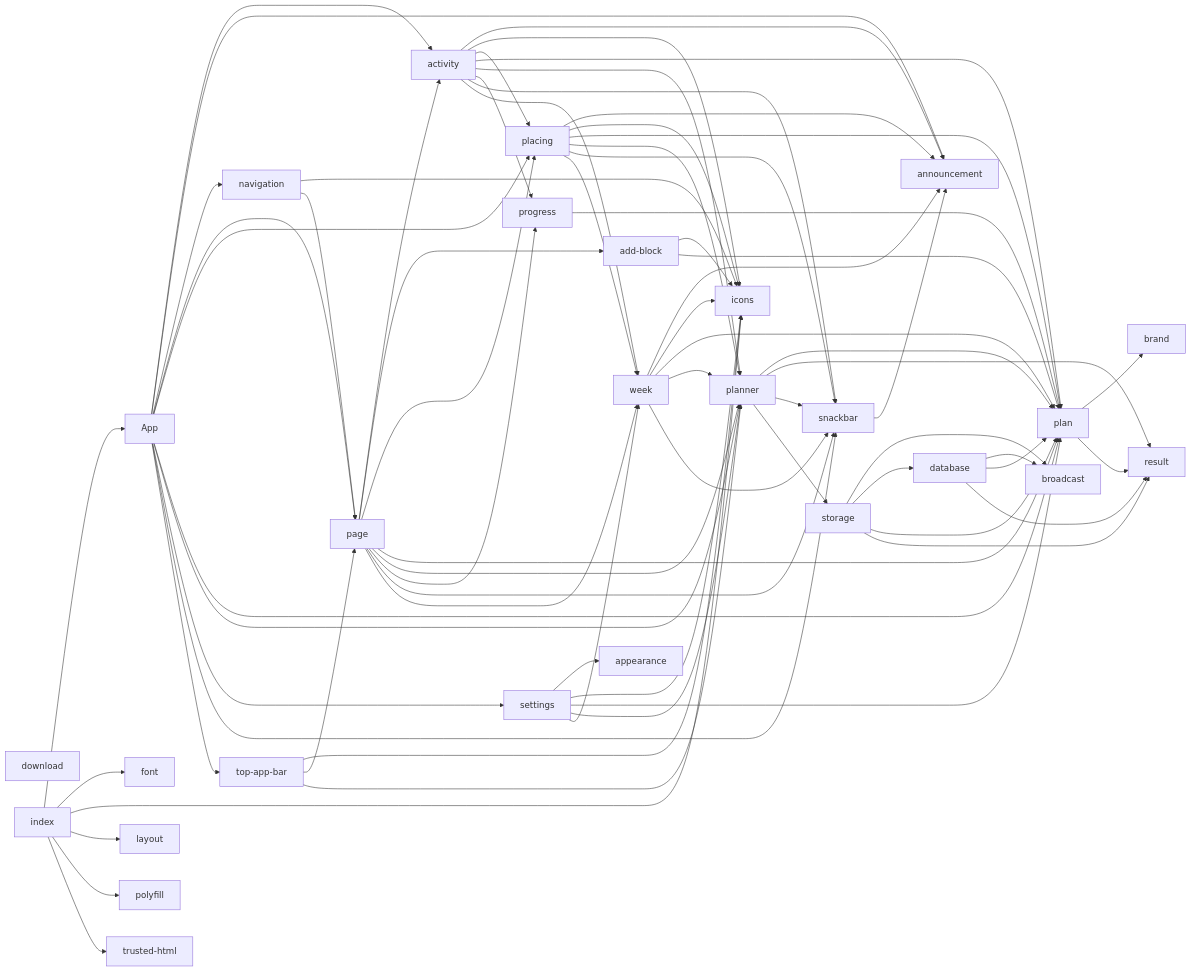
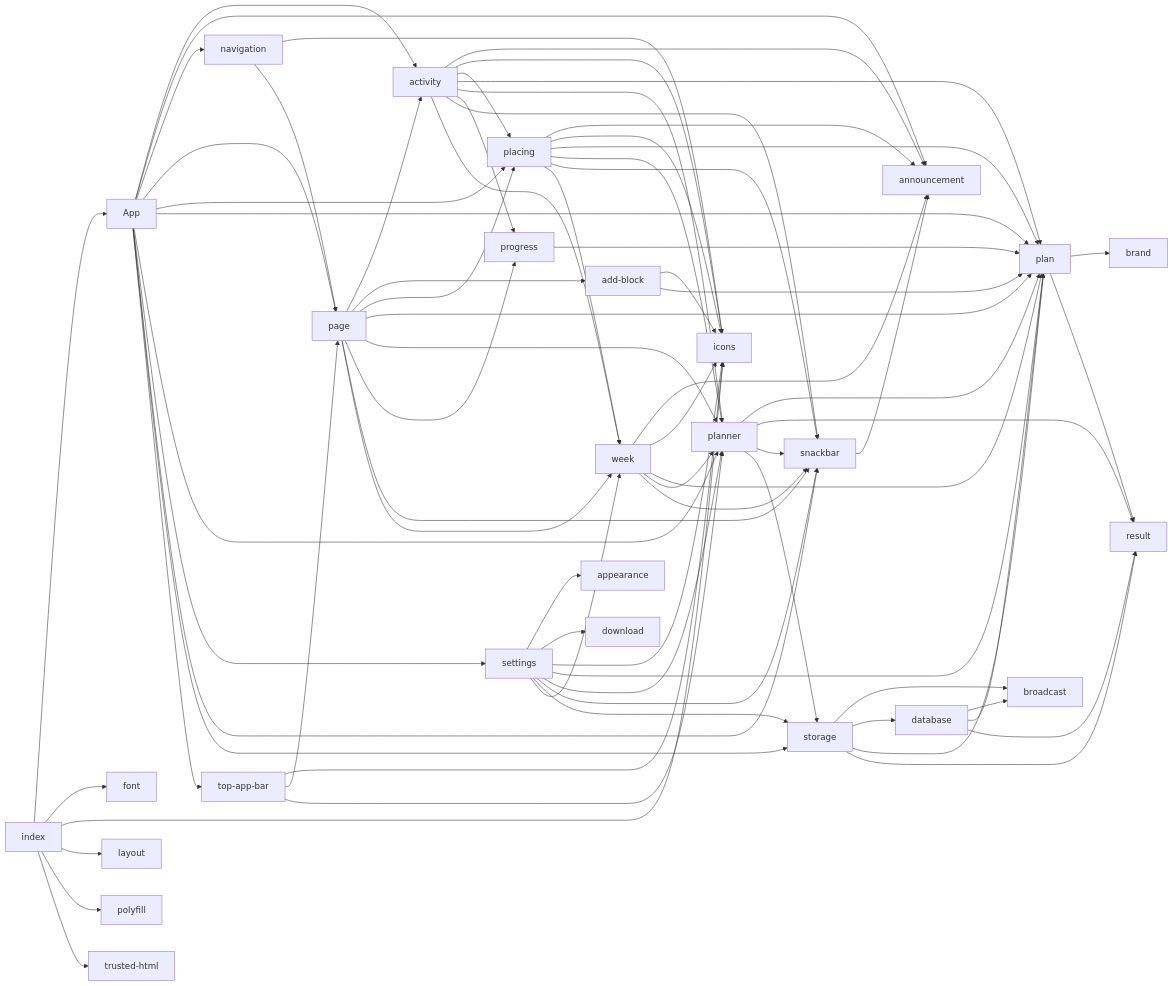
The diagram in docs/MODULES.md (SantaClaas/week-budget-planner), drawn with Mermaid before and after one commit. The commit also changed 20 other files, not shown here.

First line of the commit message:
Settings: Your data, with export, import and delete, and Storage

```diff
--- a/docs/MODULES.md
+++ b/docs/MODULES.md
@@ -54,6 +54,7 @@
   module_App --> module_planner
   module_App --> module_settings
   module_App --> module_snackbar
+  module_App --> module_storage
   module_App --> module_top_app_bar
   module_database --> module_broadcast
   module_database --> module_plan
@@ -88,9 +89,12 @@
   module_planner --> module_storage
   module_progress --> module_plan
   module_settings --> module_appearance
+  module_settings --> module_download
   module_settings --> module_icons
   module_settings --> module_plan
   module_settings --> module_planner
+  module_settings --> module_snackbar
+  module_settings --> module_storage
   module_settings --> module_week
   module_snackbar --> module_announcement
   module_storage --> module_broadcast
```
